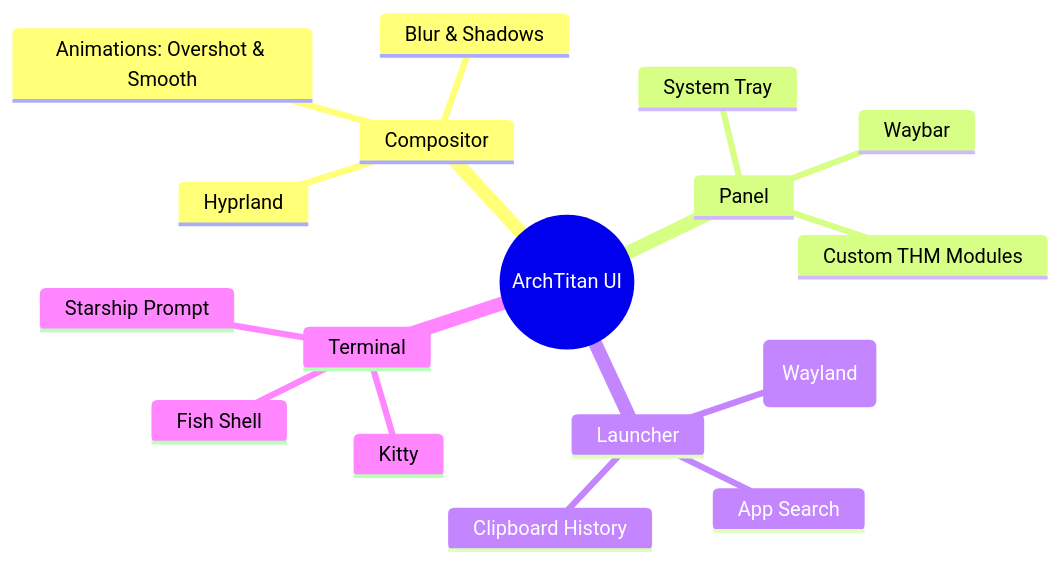
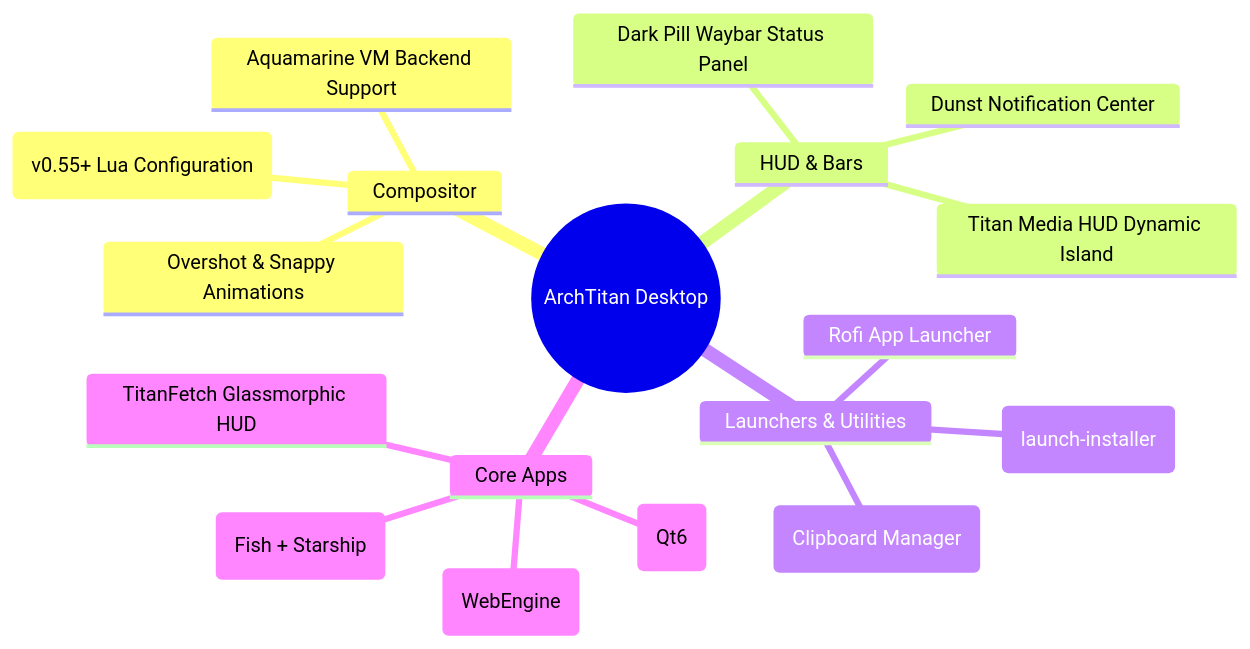
Before and after one commit to GitGuru29/archtitan-os: the second of 3 diagrams in README.md, drawn with Mermaid. The commit also changed other lines of this file and 1 other file, not shown here.

First line of the commit message:
docs: update README and wiki for Hyprland Lua migration and current state

````diff
--- a/README.md
+++ b/README.md
@@ -89,20 +143,21 @@
 ```mermaid
 mindmap
-  root((ArchTitan UI))
+  root((ArchTitan Desktop))
     Compositor
-      Hyprland
-      Animations: Overshot & Smooth
-      Blur & Shadows
-    Panel
-      Waybar
-      Custom THM Modules
-      System Tray
-    Launcher
-      Rofi (Wayland)
-      App Search
-      Clipboard History
-    Terminal
-      Kitty
-      Fish Shell
-      Starship Prompt
+      Hyprland (v0.55+ Lua Configuration)
+      Aquamarine VM Backend Support
+      Overshot & Snappy Animations
+    HUD & Bars
+      Dark Pill Waybar Status Panel
+      Titan Media HUD Dynamic Island
+      Dunst Notification Center
+    Launchers & Utilities
+      Rofi App Launcher
+      Cliphist (Clipboard Manager)
+      Calamares (launch-installer)
+    Core Apps
+      Kitty (Fish + Starship)
+      Titan Browser (WebEngine)
+      ArchTitan Settings (Qt6)
+      TitanFetch Glassmorphic HUD
 ```
````
